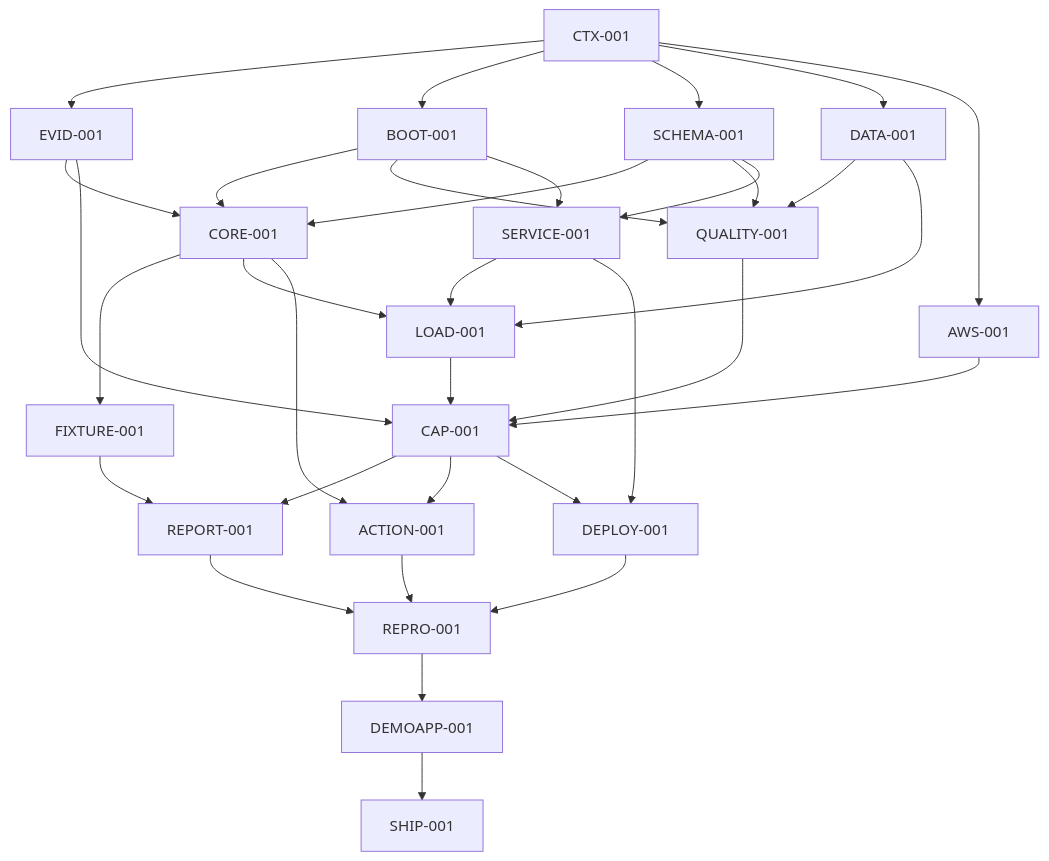
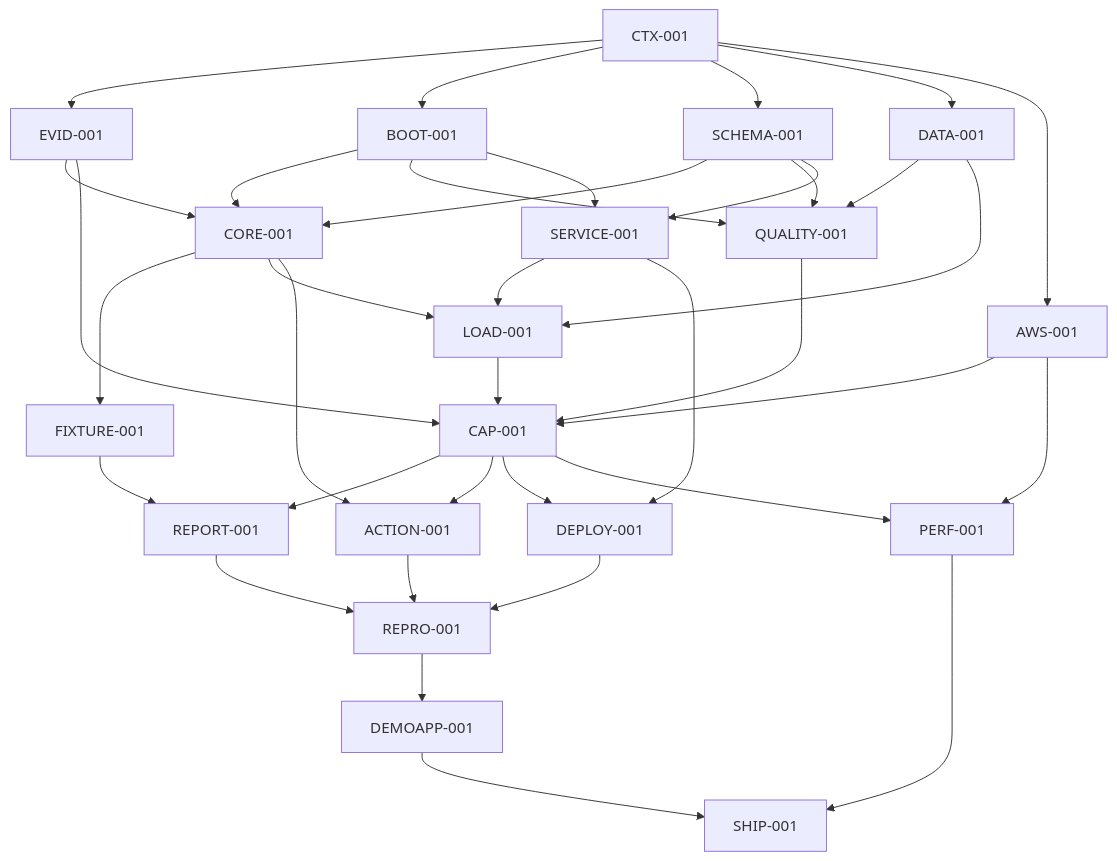
Before and after one commit to QasimKhan5x/ArmProof: the diagram in tasks/plan.md, drawn with Mermaid. The commit also changed other lines of this file and 69 other files, not shown here.

````diff
--- a/tasks/plan.md
+++ b/tasks/plan.md
@@ -7,35 +7,38 @@
 ```mermaid
 graph TD
   CTX[CTX-001] --> EVID[EVID-001]
   CTX --> BOOT[BOOT-001]
   CTX --> SCHEMA[SCHEMA-001]
   CTX --> DATA[DATA-001]
   CTX --> AWS[AWS-001]
   EVID --> CORE[CORE-001]
   BOOT --> CORE
   SCHEMA --> CORE
   BOOT --> QUALITY[QUALITY-001]
   SCHEMA --> QUALITY
   DATA --> QUALITY
   CORE --> FIXTURE[FIXTURE-001]
   BOOT --> SERVICE[SERVICE-001]
   SCHEMA --> SERVICE
   CORE --> LOAD[LOAD-001]
   SERVICE --> LOAD
   DATA --> LOAD
   EVID --> CAP[CAP-001]
   QUALITY --> CAP
   AWS --> CAP
   LOAD --> CAP
   FIXTURE --> REPORT[REPORT-001]
   CAP --> REPORT
   CORE --> ACTION[ACTION-001]
   CAP --> ACTION
   SERVICE --> DEPLOY[DEPLOY-001]
   CAP --> DEPLOY
   REPORT --> REPRO[REPRO-001]
   ACTION --> REPRO
   DEPLOY --> REPRO
   REPRO --> DEMO[DEMOAPP-001]
+  CAP --> PERF[PERF-001]
+  AWS --> PERF
+  PERF --> SHIP
   DEMO --> SHIP[SHIP-001]
 ```
````
